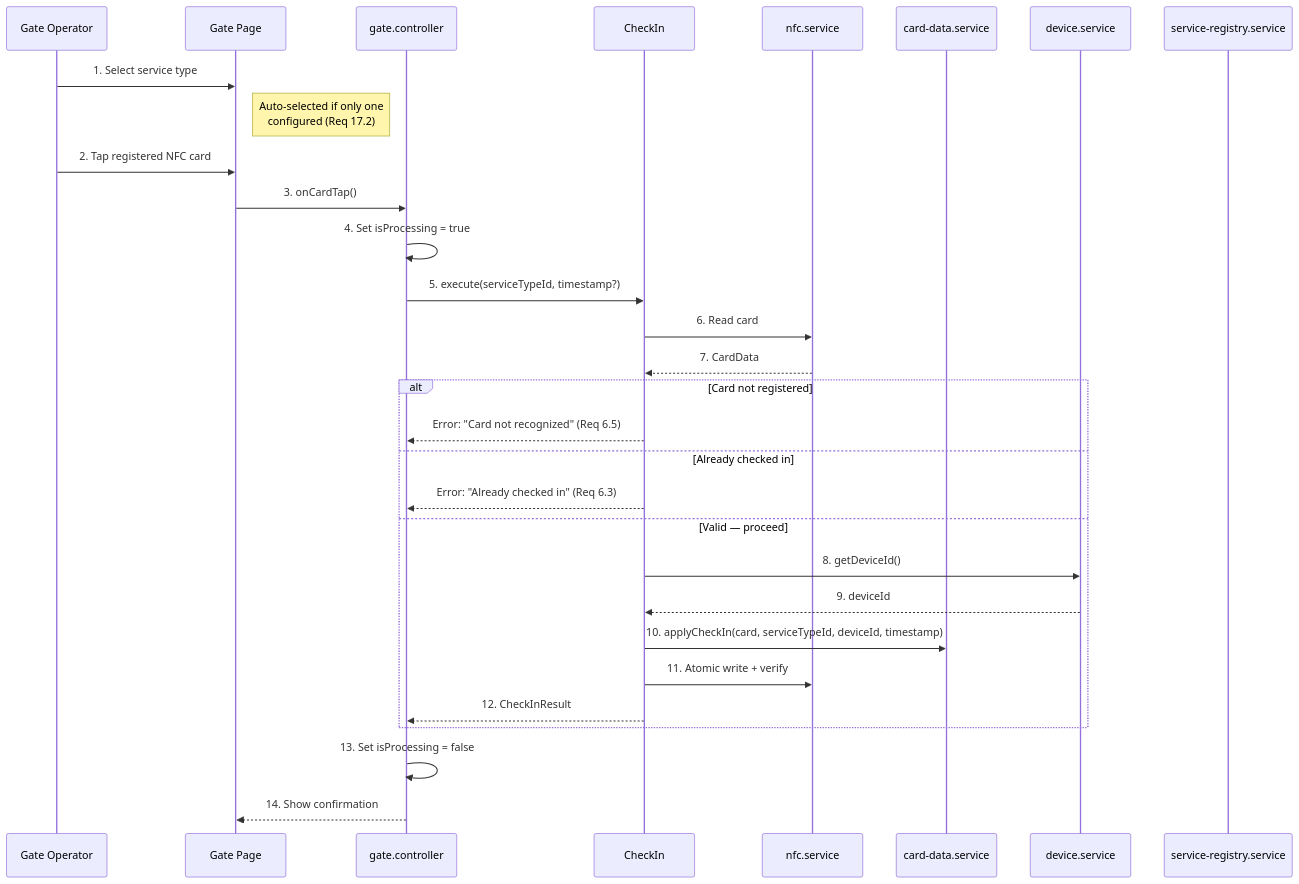
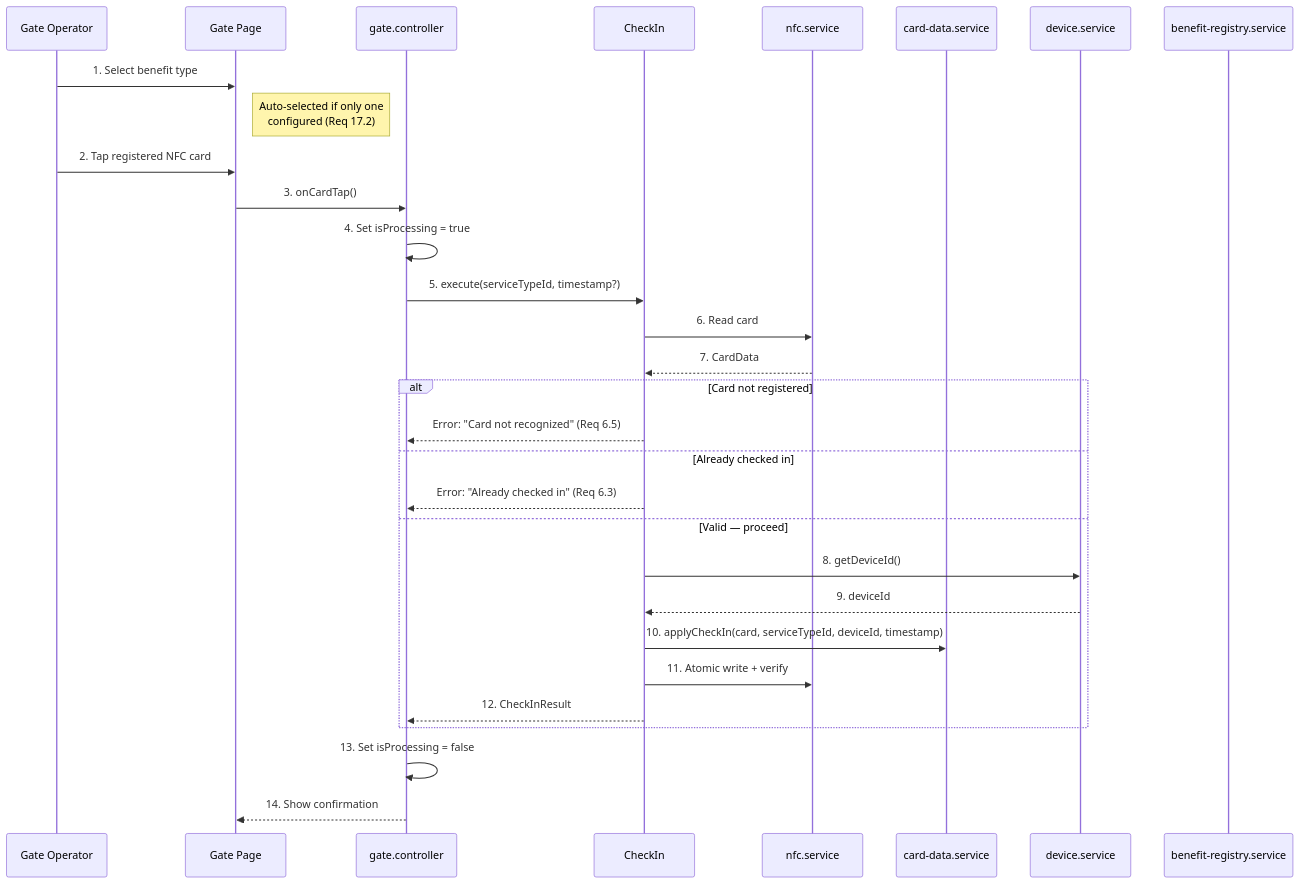
One commit to widdestoyud/assesment-s1-2026 changed the first of 3 diagrams in docs/wiki/membership-benefit-card/03-Business-Flows/Check-In-Flow.md. Above: the diagram before and after it, drawn with Mermaid. The commit also changed other lines of this file and 31 other files, not shown here.

First line of the commit message:
docs(mbc): Update all documentation for ServiceType to BenefitType rename

````diff
--- a/docs/wiki/membership-benefit-card/03-Business-Flows/Check-In-Flow.md
+++ b/docs/wiki/membership-benefit-card/03-Business-Flows/Check-In-Flow.md
@@ -14,36 +14,36 @@
 ```mermaid
 sequenceDiagram
     participant Op as Gate Operator
     participant UI as Gate Page
     participant Ctrl as gate.controller
     participant UC as CheckIn
     participant NFC as nfc.service
     participant Card as card-data.service
     participant Dev as device.service
-    participant Reg as service-registry.service
+    participant Reg as benefit-registry.service
 
-    Op->>UI: 1. Select service type
+    Op->>UI: 1. Select benefit type
     Note right of UI: Auto-selected if only one<br/>configured (Req 17.2)
     Op->>UI: 2. Tap registered NFC card
     UI->>Ctrl: 3. onCardTap()
     Ctrl->>Ctrl: 4. Set isProcessing = true
 
     Ctrl->>UC: 5. execute(serviceTypeId, timestamp?)
     UC->>NFC: 6. Read card
     NFC-->>UC: 7. CardData
 
     alt Card not registered
         UC-->>Ctrl: Error: "Card not recognized" (Req 6.5)
     else Already checked in
         UC-->>Ctrl: Error: "Already checked in" (Req 6.3)
     else Valid — proceed
         UC->>Dev: 8. getDeviceId()
         Dev-->>UC: 9. deviceId
         UC->>Card: 10. applyCheckIn(card, serviceTypeId, deviceId, timestamp)
         UC->>NFC: 11. Atomic write + verify
         UC-->>Ctrl: 12. CheckInResult
     end
 
     Ctrl->>Ctrl: 13. Set isProcessing = false
     Ctrl-->>UI: 14. Show confirmation
 ```
````
